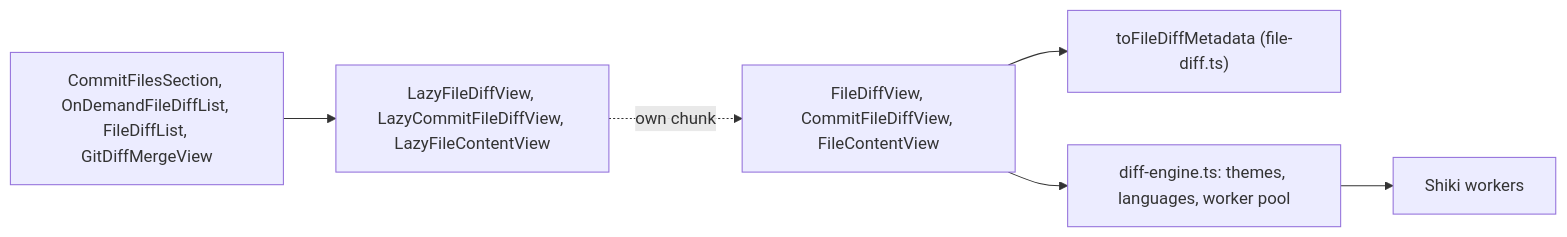
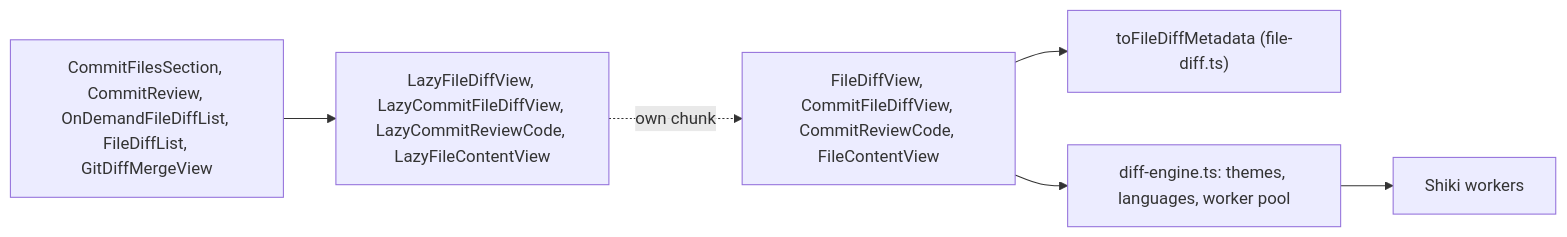
One commit to develar/branch-deck changed the diagram in docs/design/diff-view.md. Above: the diagram before and after it, drawn with Mermaid. The commit also changed other lines of this file and 17 other files, not shown here.

First line of the commit message:
feat(commit-review): D reviews a commit: the directory tree beside the diffs of all its files, J/K files, N/P changes

````diff
--- a/docs/design/diff-view.md
+++ b/docs/design/diff-view.md
@@ -29,8 +29,8 @@
 ```mermaid
 flowchart LR
-    V["CommitFilesSection, OnDemandFileDiffList, FileDiffList, GitDiffMergeView"] --> L["LazyFileDiffView, LazyCommitFileDiffView, LazyFileContentView"]
-    L -. "own chunk" .-> F["FileDiffView, CommitFileDiffView, FileContentView"]
+    V["CommitFilesSection, CommitReview, OnDemandFileDiffList, FileDiffList, GitDiffMergeView"] --> L["LazyFileDiffView, LazyCommitFileDiffView, LazyCommitReviewCode, LazyFileContentView"]
+    L -. "own chunk" .-> F["FileDiffView, CommitFileDiffView, CommitReviewCode, FileContentView"]
     F --> A["toFileDiffMetadata (file-diff.ts)"]
     F --> E["diff-engine.ts: themes, languages, worker pool"]
     E --> W["Shiki workers"]
 ```
````
